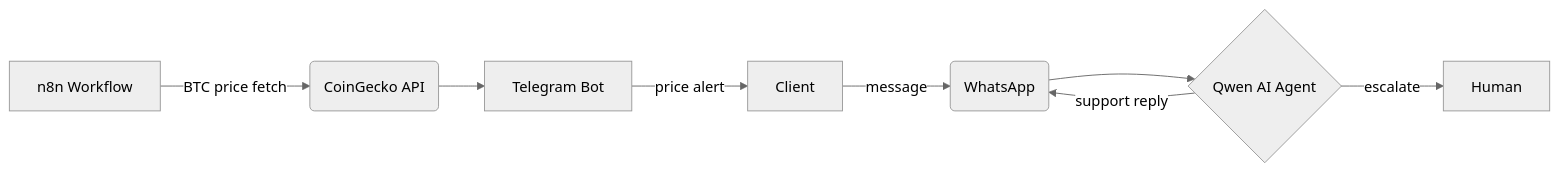
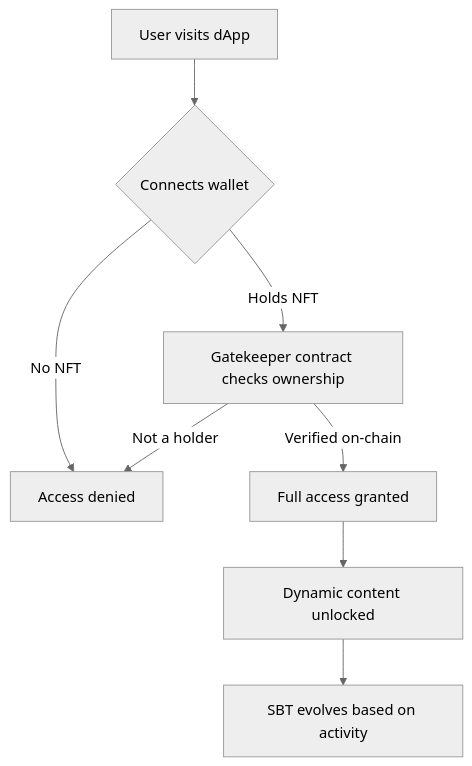
Before and after one commit to MashiyaL/MashiyaL: the diagram in README.md, drawn with Mermaid (neutral theme). The commit also changed other lines of this file, not shown here.

First line of the commit message:
Revise README to include NFT gating and automation details

````diff
--- a/README.md
+++ b/README.md
@@ -95,11 +24,10 @@
 ```mermaid
-graph LR
-    A[Client] -->|message| B(WhatsApp)
-    B --> C{Qwen AI Agent}
-    C -->|support reply| B
-    C -->|escalate| D[Human]
-
-    E[n8n Workflow] -->|BTC price fetch| F(CoinGecko API)
-    F --> G[Telegram Bot]
-    G -->|price alert| A
+graph TD
+    A[User visits dApp] --> B{Connects wallet}
+    B -->|No NFT| C[Access denied]
+    B -->|Holds NFT| D[Gatekeeper contract checks ownership]
+    D -->|Verified on-chain| E[Full access granted]
+    D -->|Not a holder| C
+    E --> F[Dynamic content unlocked]
+    F --> G[SBT evolves based on activity]
 ```
````
